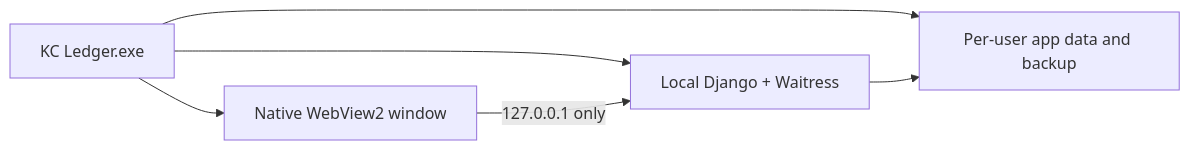
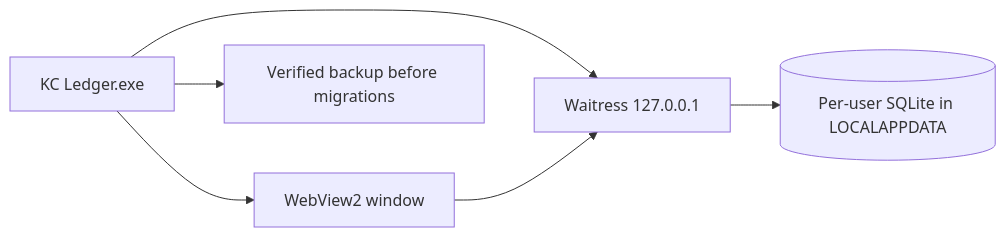
Before and after one commit to PerezChris99/kc-ledger: the second of 2 diagrams in README.md, drawn with Mermaid. The commit also changed other lines of this file and 21 other files, not shown here.

````diff
--- a/README.md
+++ b/README.md
@@ -36,8 +34,8 @@
 ```mermaid
 flowchart LR
-  I[KC Ledger.exe] --> M[Per-user app data and backup]
-  I --> L[Local Django + Waitress]
-  I --> W[Native WebView2 window]
-  W -->|127.0.0.1 only| L
-  L --> M
+  EXE[KC Ledger.exe] --> W[WebView2 window]
+  EXE --> LOCAL[Waitress 127.0.0.1]
+  W --> LOCAL
+  LOCAL --> STORE[(Per-user SQLite in LOCALAPPDATA)]
+  EXE --> BACKUP[Verified backup before migrations]
 ```
````
